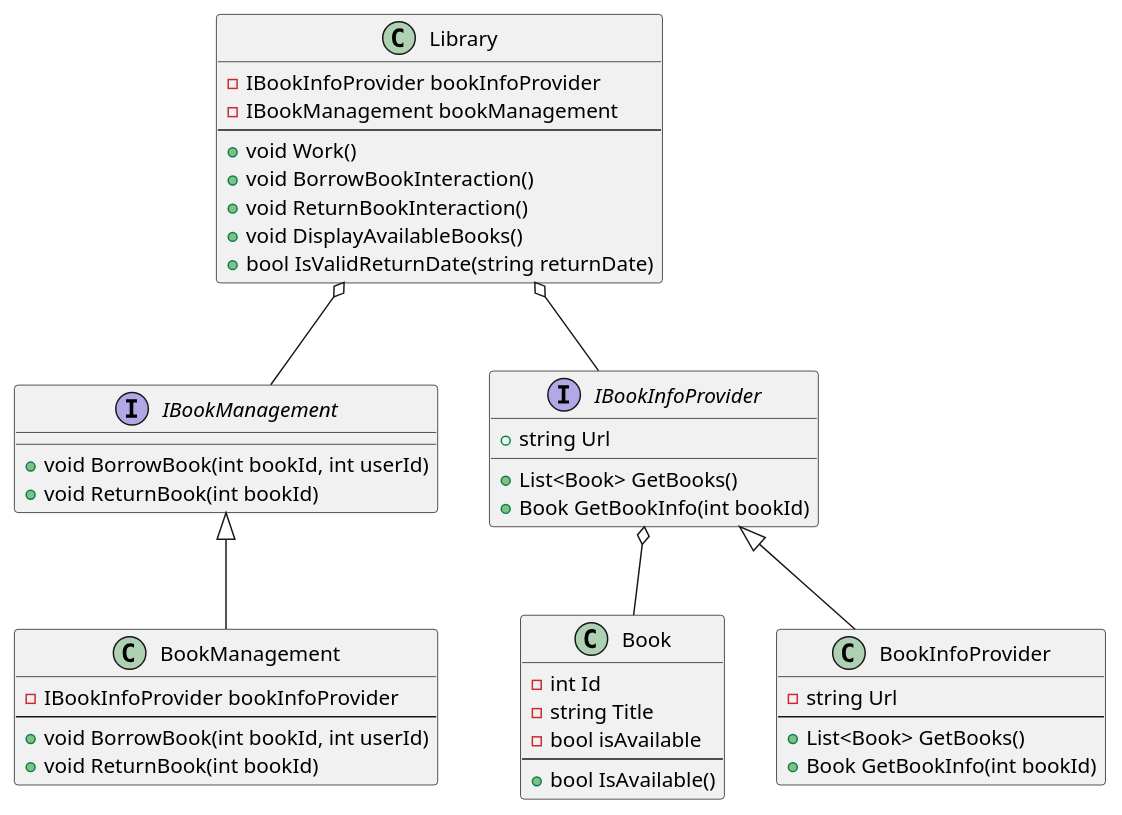
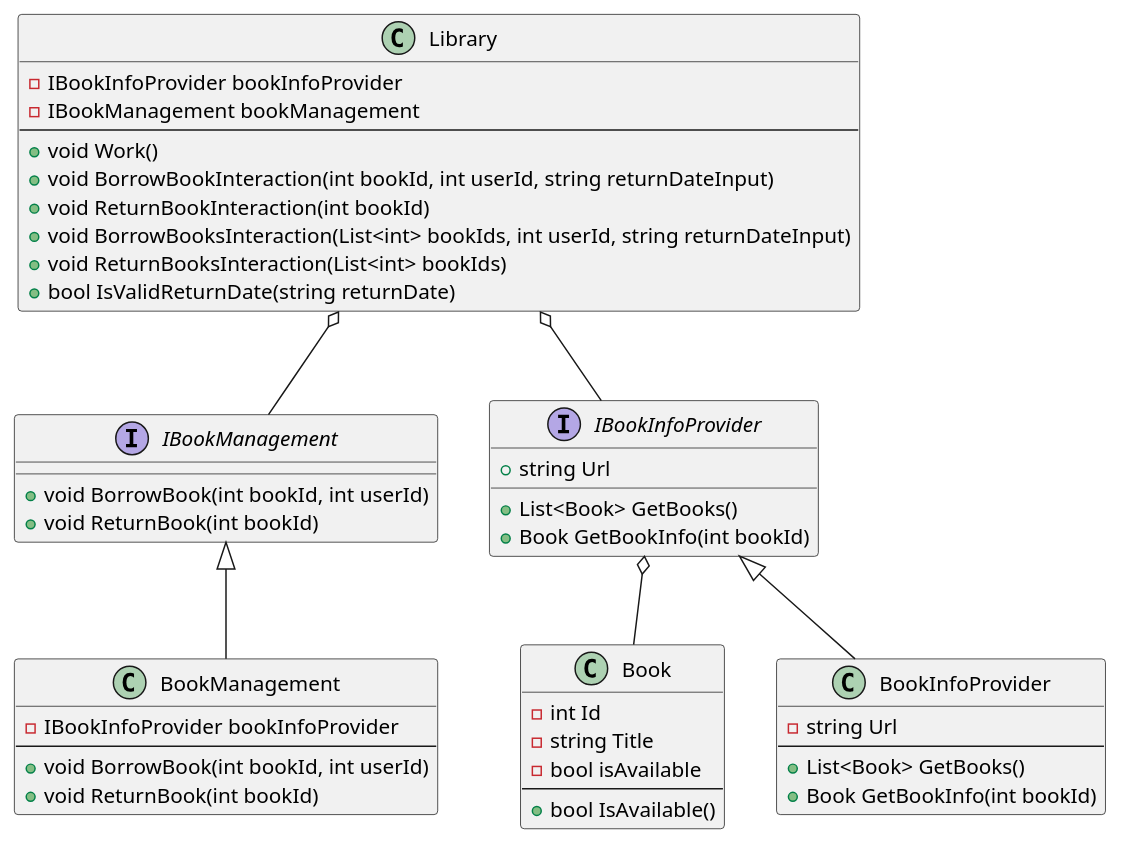
One commit to walidmehdadi/PRO2TS2425PE changed the diagram in README.md. Above: the diagram before and after it, drawn with PlantUML.

````diff
--- a/README.md
+++ b/README.md
@@ -25,51 +25,52 @@
 ```plantuml
 class Book {
     - int Id
     - string Title
     - bool isAvailable
     --
     + bool IsAvailable()
 }
 
 interface IBookInfoProvider {
     + string Url
     + List<Book> GetBooks()
     + Book GetBookInfo(int bookId)
 }
 
 class BookInfoProvider {
     - string Url
     --
     + List<Book> GetBooks()
     + Book GetBookInfo(int bookId)
 }
 
 interface IBookManagement {
     + void BorrowBook(int bookId, int userId)
     + void ReturnBook(int bookId)
 }
 
 class BookManagement {
     - IBookInfoProvider bookInfoProvider
     --
     + void BorrowBook(int bookId, int userId)
     + void ReturnBook(int bookId)
 }
 
 class Library {
     - IBookInfoProvider bookInfoProvider
     - IBookManagement bookManagement
     --
     + void Work()
-    + void BorrowBookInteraction()
-    + void ReturnBookInteraction()
-    + void DisplayAvailableBooks()
+    + void BorrowBookInteraction(int bookId, int userId, string returnDateInput)
+    + void ReturnBookInteraction(int bookId)
+    + void BorrowBooksInteraction(List<int> bookIds, int userId, string returnDateInput)
+    + void ReturnBooksInteraction(List<int> bookIds)
     + bool IsValidReturnDate(string returnDate)
 }
 
 BookInfoProvider -up-|> IBookInfoProvider
 BookManagement -up-|> IBookManagement
 Library o-down- IBookInfoProvider
 Library o-down- IBookManagement
 IBookInfoProvider o-down- Book
 ```
````
